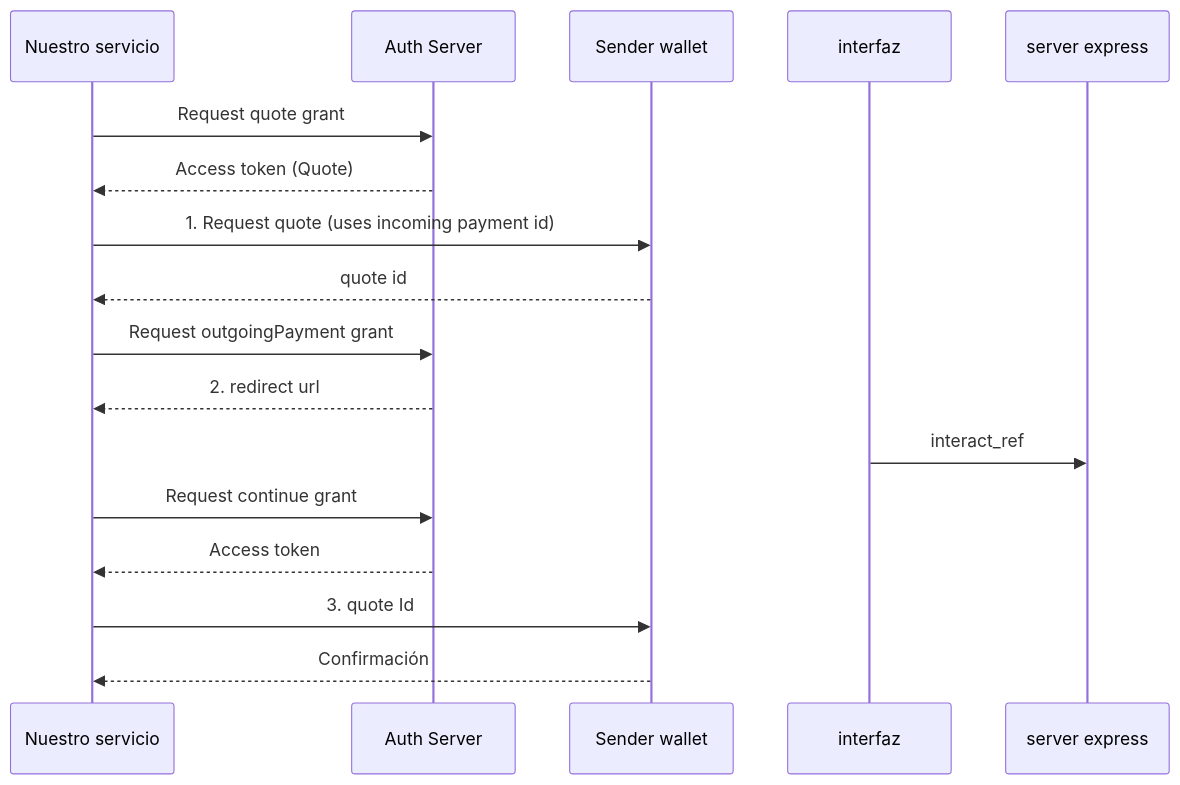
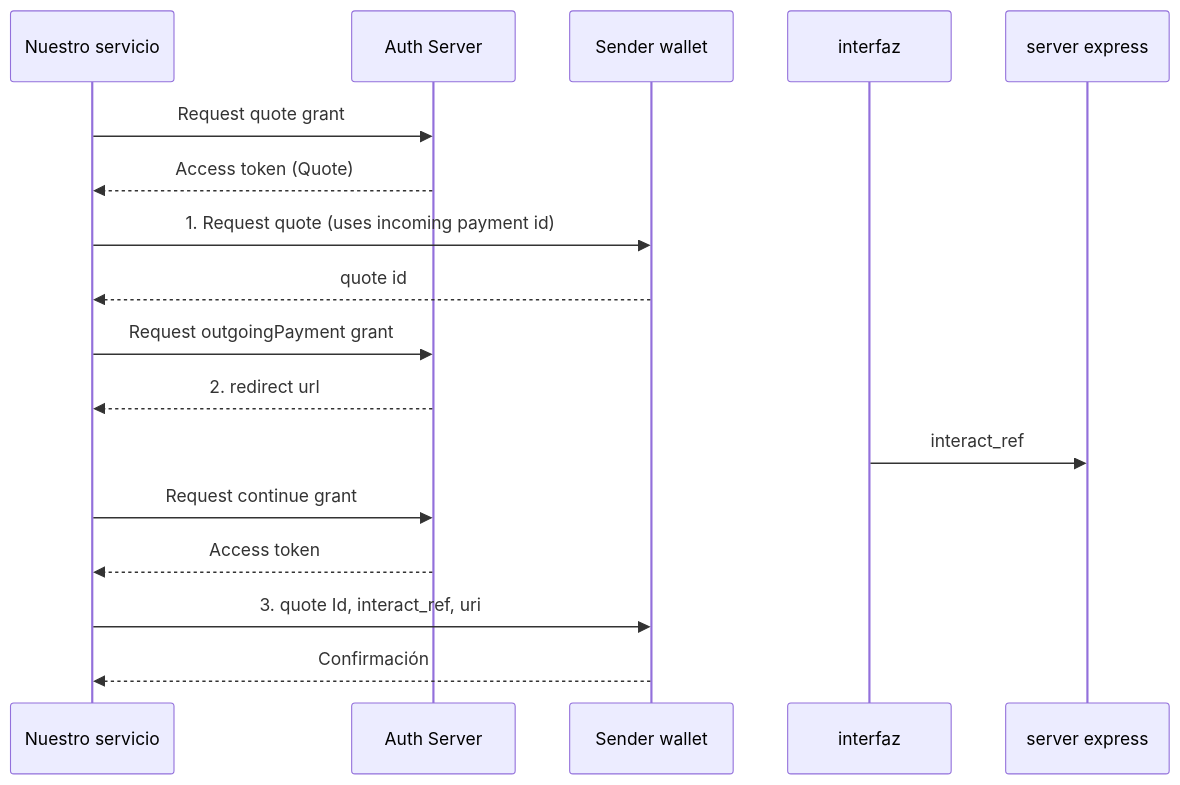
Before and after one commit to Its-JrDev/openpayment: the fifth of 5 diagrams in README.MD, drawn with Mermaid. The commit also changed other lines of this file, not shown here.

````diff
--- a/README.MD
+++ b/README.MD
@@ -358,21 +409,21 @@
 ```mermaid
 sequenceDiagram
     participant Nuestro servicio
     participant Auth as Auth Server
     participant Sender as Sender wallet
     participant interfaz
     participant server express
 
     %% 2. Quote
     Nuestro servicio->>Auth: Request quote grant
     Auth-->>Nuestro servicio: Access token (Quote)
     Nuestro servicio->>Sender: 1. Request quote (uses incoming payment id)
     Sender-->>Nuestro servicio: quote id
     Nuestro servicio->>Auth: Request outgoingPayment grant
     Auth-->>Nuestro servicio: 2. redirect url
     interfaz->>server express: interact_ref
     Nuestro servicio->>Auth: Request continue grant
     Auth-->>Nuestro servicio: Access token
-    Nuestro servicio->>Sender: 3. quote Id
+    Nuestro servicio->>Sender: 3. quote Id, interact_ref, uri
     Sender-->>Nuestro servicio: Confirmación
 ```
````
